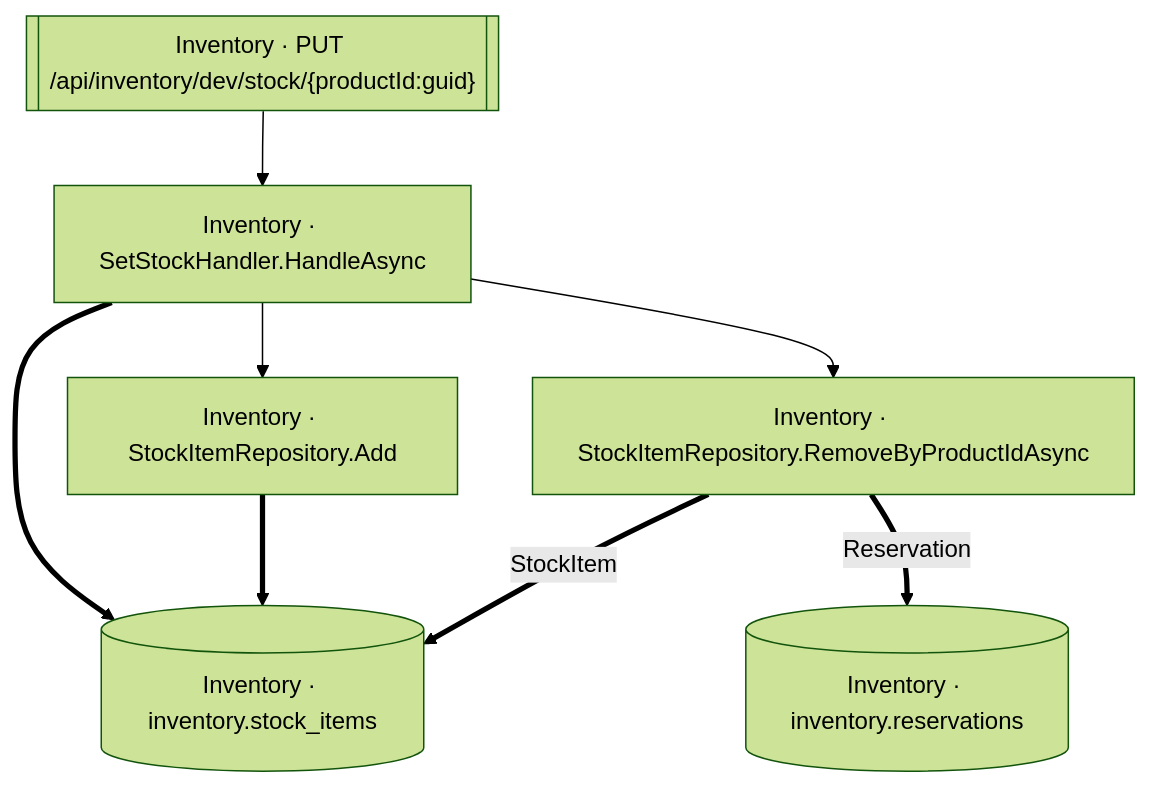
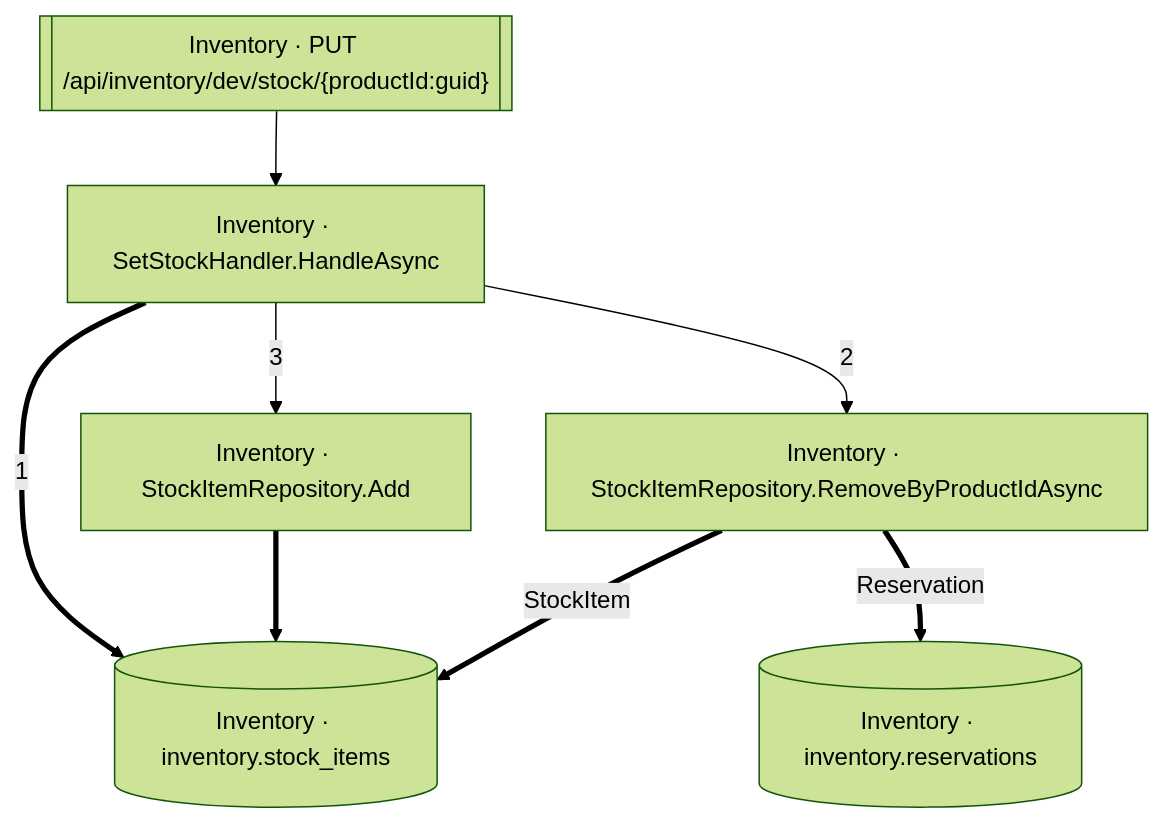
Before and after one commit to onurnafiguzel/FlowLens: the diagram in out/flows/put-api-inventory-dev-stock-productid-guid.md, drawn with Mermaid (forest theme). The commit also changed other lines of this file and 28 other files, not shown here.

Commit message:
feat(graph): record call sites on CALLS edges and feat(docs): order sibling edges by source position, number call sites and docs: regenerate site with source-ordered flow diagrams

````diff
--- a/out/flows/put-api-inventory-dev-stock-productid-guid.md
+++ b/out/flows/put-api-inventory-dev-stock-productid-guid.md
@@ -7,17 +7,17 @@
 ```mermaid
 flowchart TD
   n0["Inventory · SetStockHandler.HandleAsync"]
   n1["Inventory · StockItemRepository.Add"]
   n2["Inventory · StockItemRepository.RemoveByProductIdAsync"]
   n3[["Inventory · PUT /api/inventory/dev/stock/{productId:guid}"]]
   n4[("Inventory · inventory.reservations")]
   n5[("Inventory · inventory.stock_items")]
 
-  n0 --> n1
-  n0 --> n2
-  n0 ==> n5
+  n0 ==>|"1"| n5
+  n0 -->|"2"| n2
+  n0 -->|"3"| n1
   n1 ==> n5
   n2 ==>|"Reservation"| n4
   n2 ==>|"StockItem"| n5
   n3 --> n0
 ```
````
